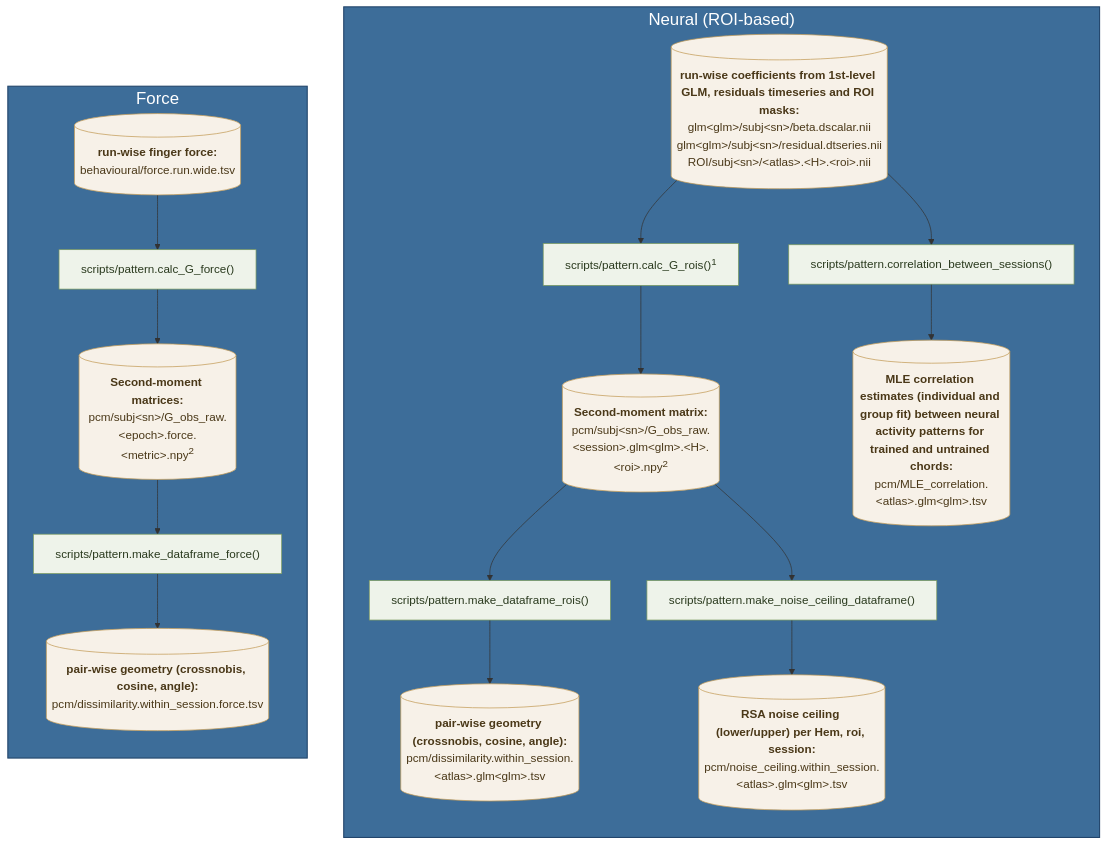
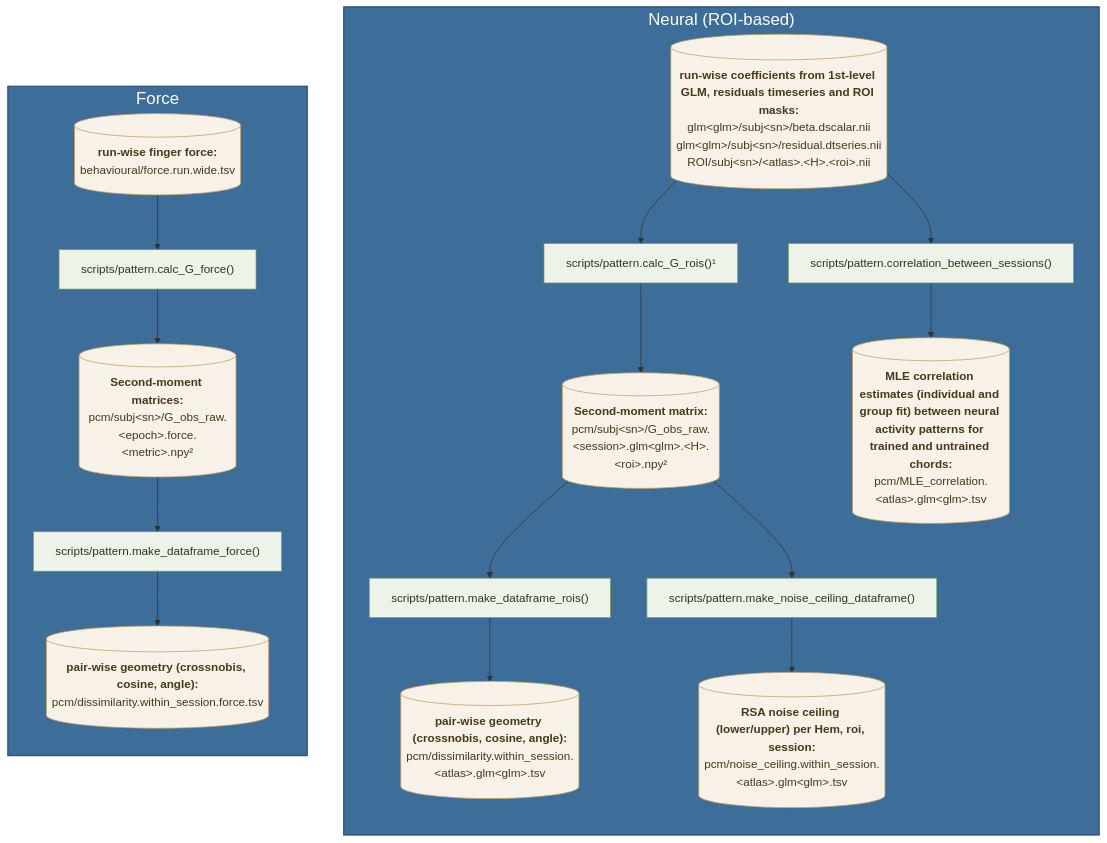
The third of 3 diagrams in README.md (mnlmrc/extension-flexion-chords), drawn with Mermaid before and after one commit. The commit also changed other lines of this file, not shown here.

````diff
--- a/README.md
+++ b/README.md
@@ -146,53 +146,53 @@
 ```mermaid
 flowchart TB
     subgraph NEURAL ["Neural (ROI-based)"]
         direction TB
-        NBETA[("<b>run-wise coefficients from 1st-level GLM, residuals timeseries and ROI masks:</b><br/>glm&lt;glm&gt;/subj&lt;sn&gt;/beta.dscalar.nii<br/>glm&lt;glm&gt;/subj&lt;sn&gt;/residual.dtseries.nii<br/>ROI/subj&lt;sn&gt;/&lt;atlas&gt;.&lt;H&gt;.&lt;roi&gt;.nii")]:::data
+        NBETA[("<b>run-wise coefficients from 1st-level GLM, residuals timeseries and ROI masks:</b><br/>glm#lt;glm#gt;/subj#lt;sn#gt;/beta.dscalar.nii<br/>glm#lt;glm#gt;/subj#lt;sn#gt;/residual.dtseries.nii<br/>ROI/subj#lt;sn#gt;/#lt;atlas#gt;.#lt;H#gt;.#lt;roi#gt;.nii")]:::data
 
-        P_GROIS["scripts/pattern.calc_G_rois()<sup>1</sup>"]:::code
-        GROIS[("<b>Second-moment matrix:</b><br/>pcm/subj&lt;sn&gt;/G_obs_raw.&lt;session&gt;.glm&lt;glm&gt;.&lt;H&gt;.&lt;roi&gt;.npy<sup>2</sup>")]:::data
+        P_GROIS["scripts/pattern.calc_G_rois()¹"]:::code
+        GROIS[("<b>Second-moment matrix:</b><br/>pcm/subj#lt;sn#gt;/G_obs_raw.#lt;session#gt;.glm#lt;glm#gt;.#lt;H#gt;.#lt;roi#gt;.npy²")]:::data
 
         P_DFROIS["scripts/pattern.make_dataframe_rois()"]:::code
-        DFROIS[("<b>pair-wise geometry (crossnobis, cosine, angle):</b><br/>pcm/dissimilarity.within_session.&lt;atlas&gt;.glm&lt;glm&gt;.tsv")]:::data
+        DFROIS[("<b>pair-wise geometry (crossnobis, cosine, angle):</b><br/>pcm/dissimilarity.within_session.#lt;atlas#gt;.glm#lt;glm#gt;.tsv")]:::data
 
         P_NC["scripts/pattern.make_noise_ceiling_dataframe()"]:::code
-        NC[("<b>RSA noise ceiling (lower/upper) per Hem, roi, session:</b><br/>pcm/noise_ceiling.within_session.&lt;atlas&gt;.glm&lt;glm&gt;.tsv")]:::data
+        NC[("<b>RSA noise ceiling (lower/upper) per Hem, roi, session:</b><br/>pcm/noise_ceiling.within_session.#lt;atlas#gt;.glm#lt;glm#gt;.tsv")]:::data
 
         P_CORR["scripts/pattern.correlation_between_sessions()"]:::code
-        CORRMLE[("<b>MLE correlation estimates (individual and group fit) between neural activity patterns for trained and untrained chords:</b><br/>pcm/MLE_correlation.&lt;atlas&gt;.glm&lt;glm&gt;.tsv")]:::data
-    %% CORRXVAL[("<b>cross-validated across-session cosine:</b><br/>pcm/xval_correlation.&lt;atlas&gt;.glm&lt;glm&gt;.tsv")]:::data
-    %% CORRCOV[("<b>across-session cov per session-pair and chord set:</b><br/>pcm/cov.corr_across_sess.glm&lt;glm&gt;.&lt;spair&gt;.&lt;chord&gt;.&lt;H&gt;.&lt;roi&gt;.npy")]:::data
+        CORRMLE[("<b>MLE correlation estimates (individual and group fit) between neural activity patterns for trained and untrained chords:</b><br/>pcm/MLE_correlation.#lt;atlas#gt;.glm#lt;glm#gt;.tsv")]:::data
+    %% CORRXVAL[("<b>cross-validated across-session cosine:</b><br/>pcm/xval_correlation.#lt;atlas#gt;.glm#lt;glm#gt;.tsv")]:::data
+    %% CORRCOV[("<b>across-session cov per session-pair and chord set:</b><br/>pcm/cov.corr_across_sess.glm#lt;glm#gt;.#lt;spair#gt;.#lt;chord#gt;.#lt;H#gt;.#lt;roi#gt;.npy")]:::data
 
         NBETA --> P_GROIS
         P_GROIS --> GROIS
         GROIS --> P_DFROIS
         P_DFROIS --> DFROIS
         GROIS --> P_NC
         P_NC --> NC
         NBETA --> P_CORR
         P_CORR --> CORRMLE
     %% P_CORR --> CORRXVAL
     %% P_CORR --> CORRCOV
     end
 
     subgraph FORCE ["Force"]
         direction TB
         FRUN[("<b>run-wise finger force:</b><br/>behavioural/force.run.wide.tsv")]:::data
 
         P_GFORCE["scripts/pattern.calc_G_force()"]:::code
-        GFORCE[("<b>Second-moment matrices:</b><br/>pcm/subj&lt;sn&gt;/G_obs_raw.&lt;epoch&gt;.force.&lt;metric&gt;.npy<sup>2</sup>")]:::data
+        GFORCE[("<b>Second-moment matrices:</b><br/>pcm/subj#lt;sn#gt;/G_obs_raw.#lt;epoch#gt;.force.#lt;metric#gt;.npy²")]:::data
 
         P_DFFORCE["scripts/pattern.make_dataframe_force()"]:::code
         DFFORCE[("<b>pair-wise geometry (crossnobis, cosine, angle):</b><br/>pcm/dissimilarity.within_session.force.tsv")]:::data
 
         FRUN --> P_GFORCE
         P_GFORCE --> GFORCE
         GFORCE --> P_DFFORCE
         P_DFFORCE --> DFFORCE
     end
 
     classDef code  fill:#eef3ea,stroke:#7a9a5f,color:#2a3a1e;
     classDef data  fill:#f7f1e8,stroke:#c39b56,color:#4a3818;
     classDef group fill:#3d6d99,stroke:#22456b,stroke-width:1.5px,color:#ffffff, font-size:23px;
     class NEURAL,FORCE group;
 ```
````
